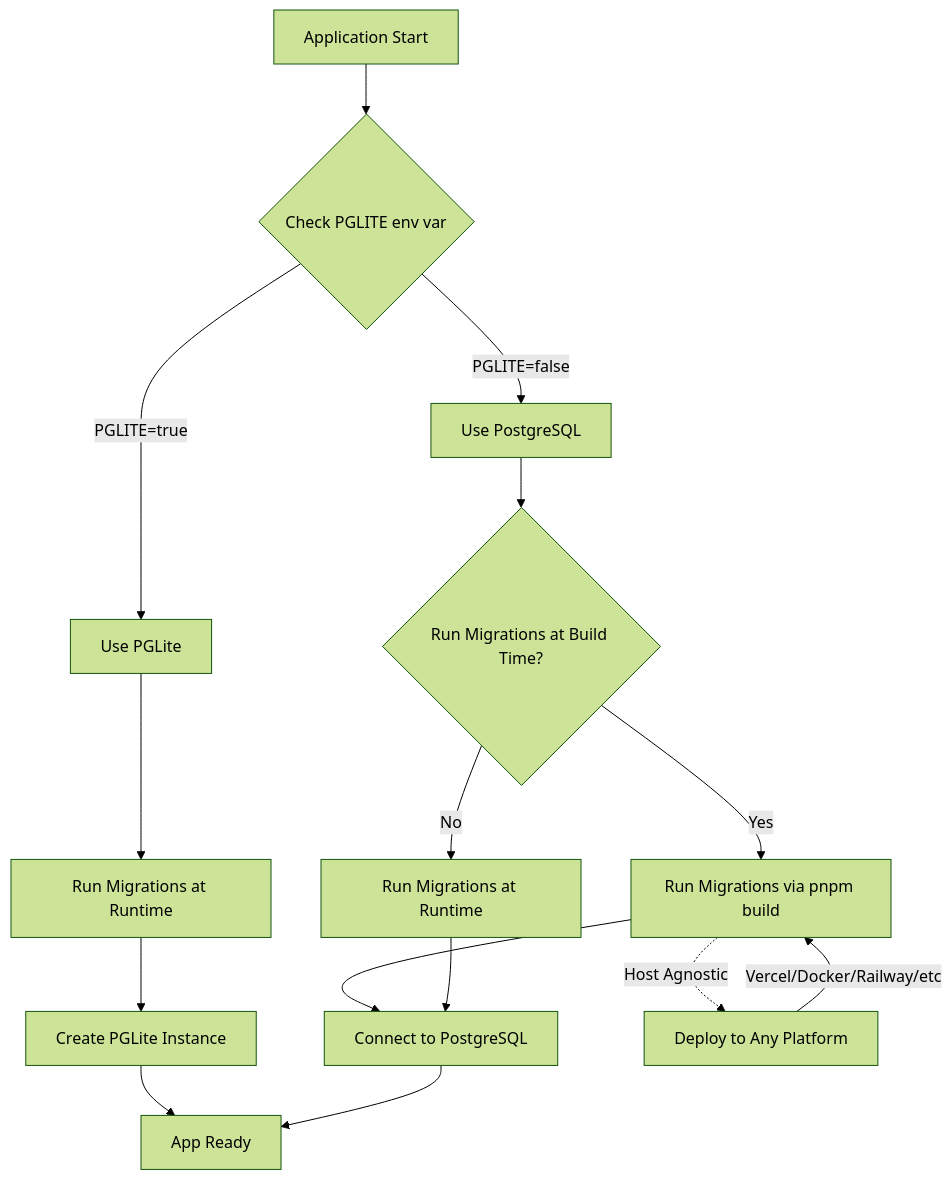
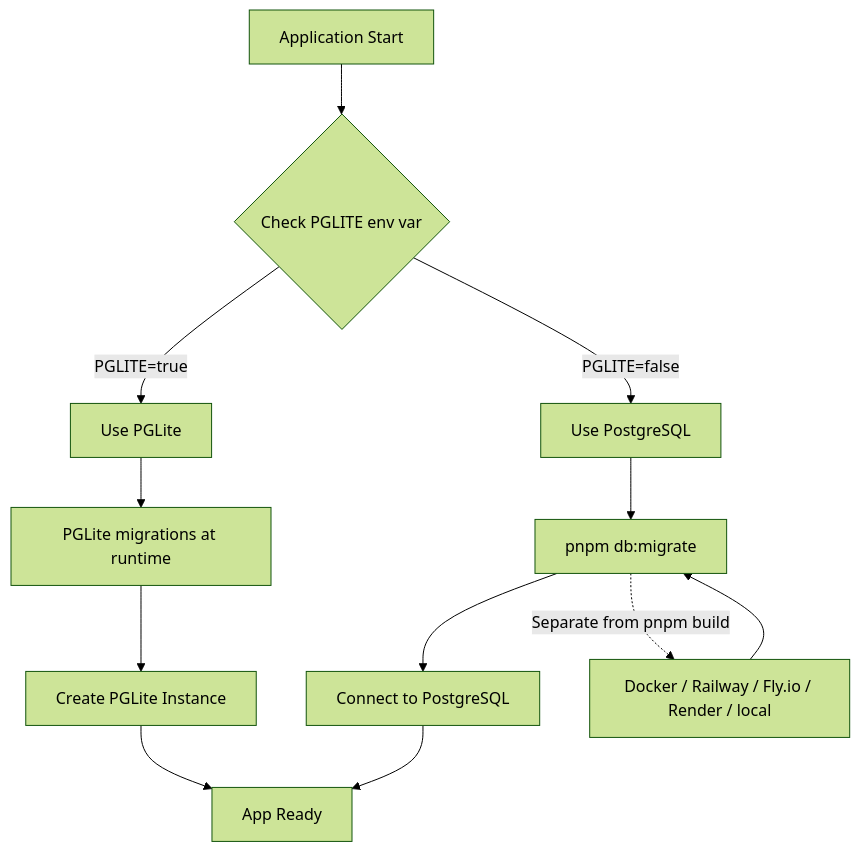
The diagram in apps/docu/content/docs/adrs/008-database.mdx (blockmatic/basilic), drawn with Mermaid (forest theme) before and after one commit. The commit also changed other lines of this file and 77 other files, not shown here.

````diff
--- a/apps/docu/content/docs/adrs/008-database.mdx
+++ b/apps/docu/content/docs/adrs/008-database.mdx
@@ -167,20 +165,17 @@
 ```mermaid
 flowchart TD
     Start[Application Start] --> CheckEnv{Check PGLITE env var}
     CheckEnv -->|PGLITE=true| UsePGLite[Use PGLite]
     CheckEnv -->|PGLITE=false| UsePostgres[Use PostgreSQL]
-    
-    UsePGLite --> RuntimeMigrate[Run Migrations at Runtime]
+
+    UsePGLite --> RuntimeMigrate[PGLite migrations at runtime]
     RuntimeMigrate --> CreateInstance[Create PGLite Instance]
     CreateInstance --> AppReady[App Ready]
-    
-    UsePostgres --> BuildTimeMigrate{Run Migrations at Build Time?}
-    BuildTimeMigrate -->|Yes| BuildMigrate[Run Migrations via pnpm build]
-    BuildTimeMigrate -->|No| RuntimeMigratePG[Run Migrations at Runtime]
-    BuildMigrate --> ConnectPG[Connect to PostgreSQL]
-    RuntimeMigratePG --> ConnectPG
+
+    UsePostgres --> MigratePhase[pnpm db:migrate]
+    MigratePhase --> ConnectPG[Connect to PostgreSQL]
     ConnectPG --> AppReady
-    
-    BuildMigrate -.->|Host Agnostic| Deploy[Deploy to Any Platform]
-    Deploy -->|Vercel/Docker/Railway/etc| BuildMigrate
+
+    MigratePhase -.->|Separate from pnpm build| Deploy[Docker / Railway / Fly.io / Render / local]
+    Deploy --> MigratePhase
 ```
````
